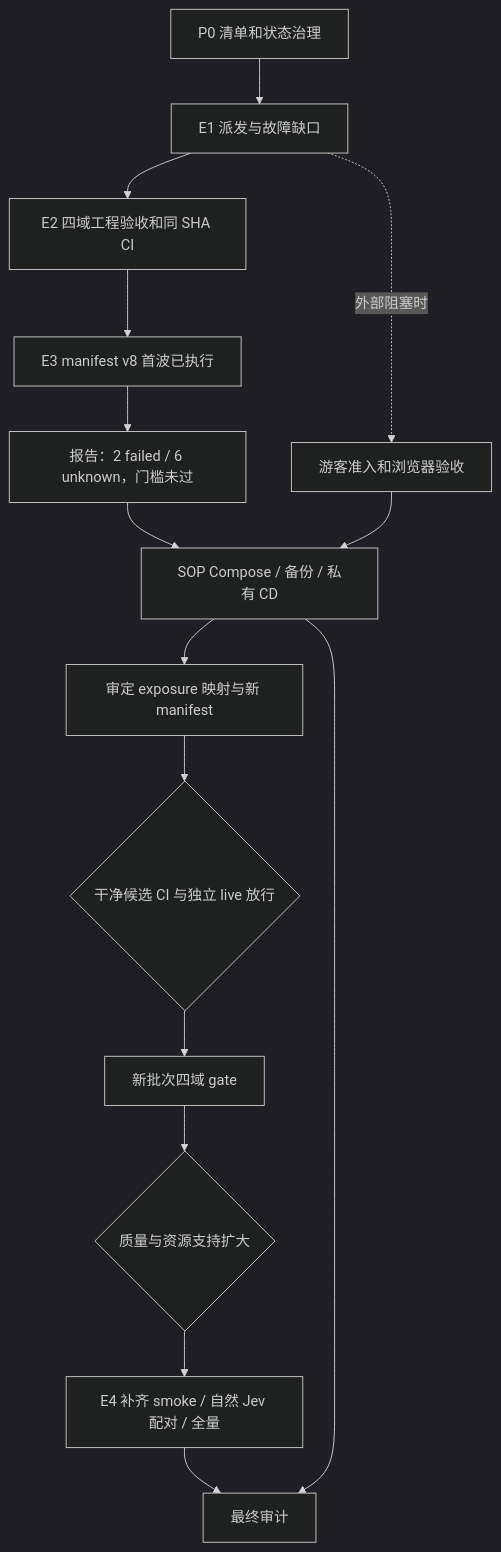
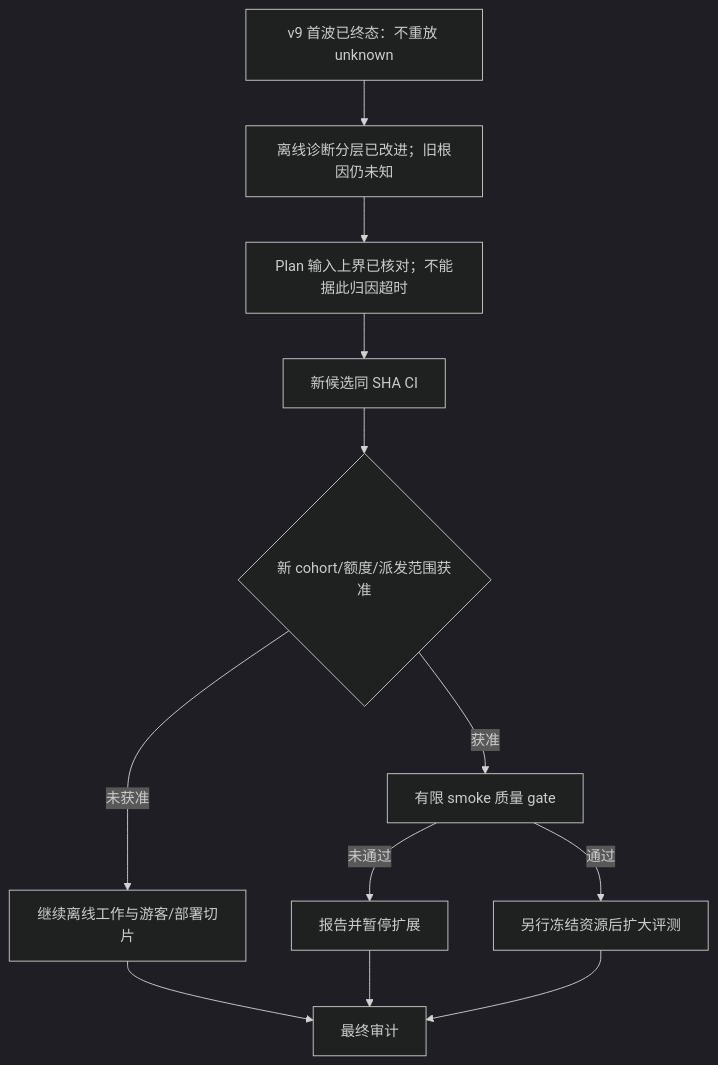
Before and after one commit to shuaibilx/DecAgent: the diagram in generated/261021/计划/1157_后续规划索引.md, drawn with Mermaid (dark theme). The commit also changed other lines of this file and 11 other files, not shown here.

````diff
--- a/generated/261021/计划/1157_后续规划索引.md
+++ b/generated/261021/计划/1157_后续规划索引.md
@@ -61,17 +58,14 @@
 ```mermaid
 flowchart TD
-    P[P0 清单和状态治理] --> E1[E1 派发与故障缺口]
-    E1 --> E2[E2 四域工程验收和同 SHA CI]
-    E2 --> S[E3 manifest v8 首波已执行]
-    S --> R[报告：2 failed / 6 unknown，门槛未过]
-    R --> D[离线故障定位与回归]
-    D --> M[审定 exposure 映射与新 manifest]
-    M --> B{干净候选 CI 与独立 live 放行}
-    B --> S2[新批次四域 gate]
-    S2 --> X{质量与资源支持扩大}
-    X --> E4[E4 补齐 smoke / 自然 Jev 配对 / 全量]
-    E1 -.外部阻塞时.-> G[游客准入和浏览器验收]
-    G --> D[SOP Compose / 备份 / 私有 CD]
-    E4 --> A[最终审计]
-    D --> A
+    R[v9 首波已终态：不重放 unknown] --> D[离线诊断分层已改进；旧根因仍未知]
+    D --> T[Plan 输入上界已核对；不能据此归因超时]
+    T --> C[新候选同 SHA CI]
+    C --> F{新 cohort/额度/派发范围获准}
+    F -->|未获准| G[继续离线工作与游客/部署切片]
+    F -->|获准| S[有限 smoke 质量 gate]
+    S -->|未通过| P[报告并暂停扩展]
+    S -->|通过| X[另行冻结资源后扩大评测]
+    G --> A[最终审计]
+    P --> A
+    X --> A
 ```
````
